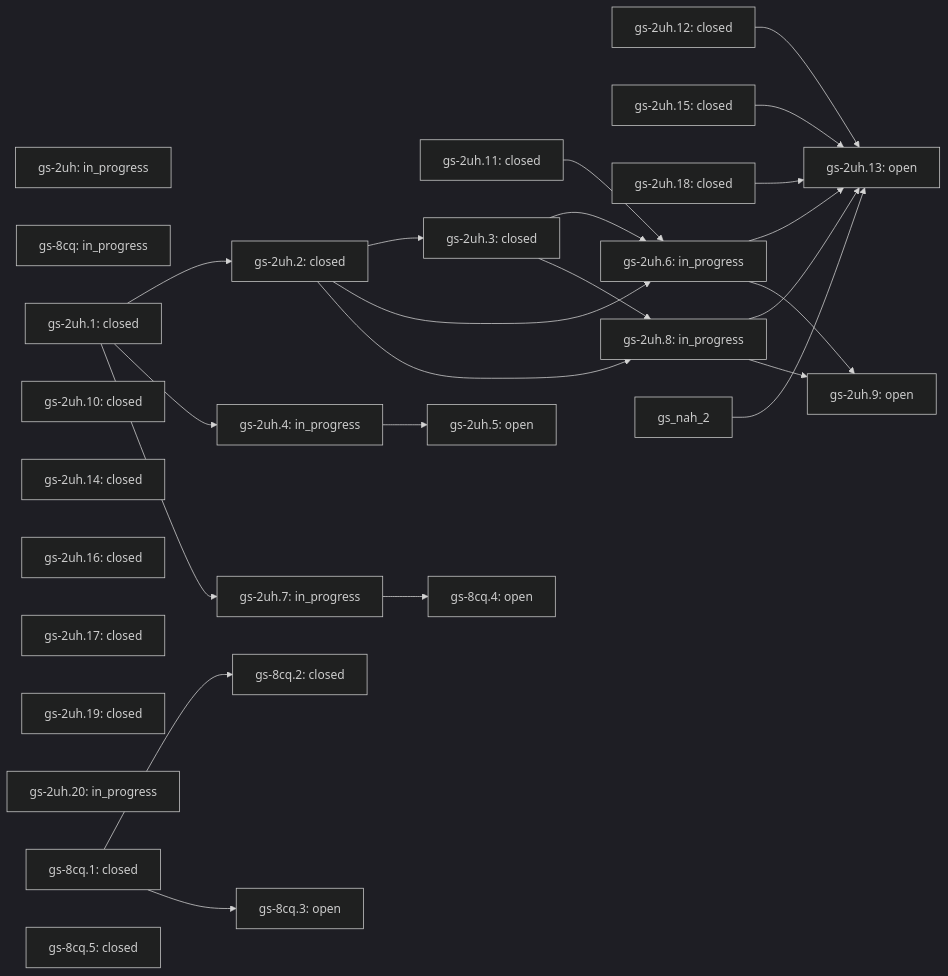
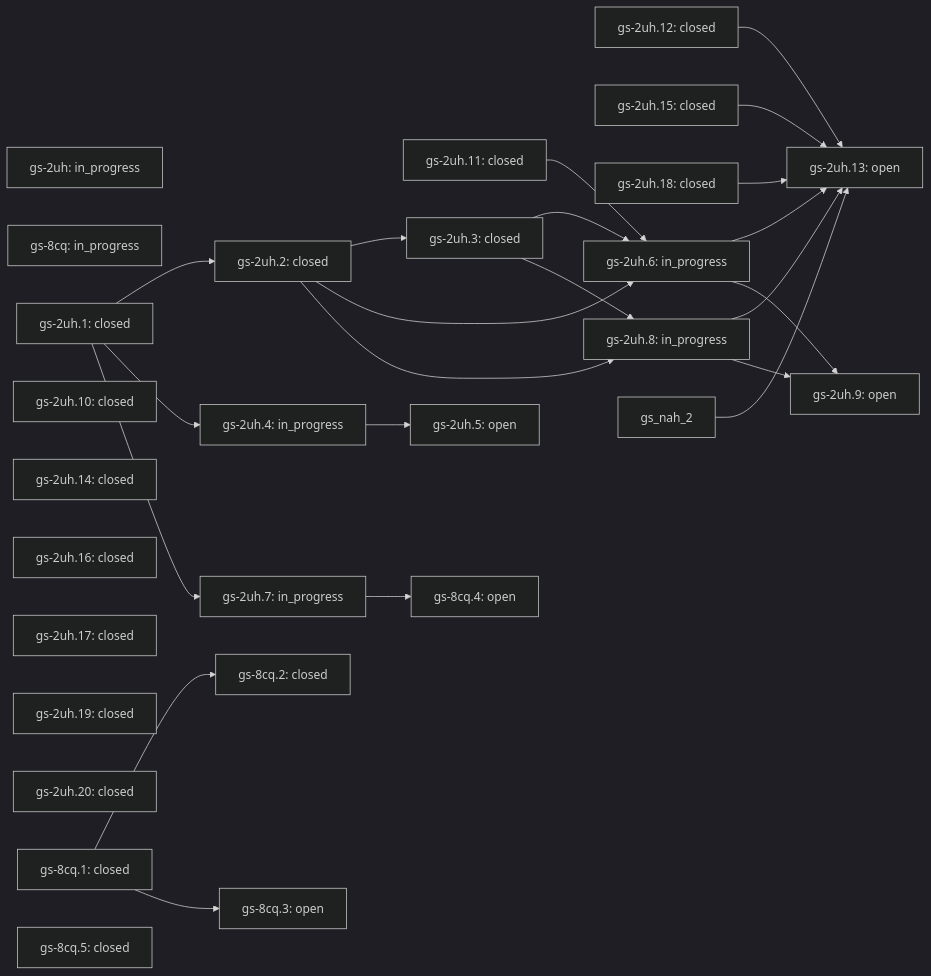
One commit to lifeofgurpreet/G-Skills changed the diagram in docs/skills/vps-health/ROADMAP.md. Above: the diagram before and after it, drawn with Mermaid (dark theme). The commit also changed other lines of this file and 4 other files, not shown here.

````diff
--- a/docs/skills/vps-health/ROADMAP.md
+++ b/docs/skills/vps-health/ROADMAP.md
@@ -39,51 +39,51 @@
 ```mermaid
 flowchart LR
   gs_2uh["gs-2uh: in_progress"]
   gs_8cq["gs-8cq: in_progress"]
   gs_2uh_1["gs-2uh.1: closed"]
   gs_2uh_10["gs-2uh.10: closed"]
   gs_2uh_11["gs-2uh.11: closed"]
   gs_2uh_12["gs-2uh.12: closed"]
   gs_2uh_13["gs-2uh.13: open"]
   gs_2uh_12 --> gs_2uh_13
   gs_2uh_15 --> gs_2uh_13
   gs_2uh_18 --> gs_2uh_13
   gs_2uh_6 --> gs_2uh_13
   gs_2uh_8 --> gs_2uh_13
   gs_nah_2 --> gs_2uh_13
   gs_2uh_14["gs-2uh.14: closed"]
   gs_2uh_15["gs-2uh.15: closed"]
   gs_2uh_16["gs-2uh.16: closed"]
   gs_2uh_17["gs-2uh.17: closed"]
   gs_2uh_18["gs-2uh.18: closed"]
   gs_2uh_19["gs-2uh.19: closed"]
   gs_2uh_2["gs-2uh.2: closed"]
   gs_2uh_1 --> gs_2uh_2
-  gs_2uh_20["gs-2uh.20: in_progress"]
+  gs_2uh_20["gs-2uh.20: closed"]
   gs_2uh_3["gs-2uh.3: closed"]
   gs_2uh_2 --> gs_2uh_3
   gs_2uh_4["gs-2uh.4: in_progress"]
   gs_2uh_1 --> gs_2uh_4
   gs_2uh_5["gs-2uh.5: open"]
   gs_2uh_4 --> gs_2uh_5
   gs_2uh_6["gs-2uh.6: in_progress"]
   gs_2uh_11 --> gs_2uh_6
   gs_2uh_2 --> gs_2uh_6
   gs_2uh_3 --> gs_2uh_6
   gs_2uh_8["gs-2uh.8: in_progress"]
   gs_2uh_2 --> gs_2uh_8
   gs_2uh_3 --> gs_2uh_8
   gs_8cq_1["gs-8cq.1: closed"]
   gs_8cq_2["gs-8cq.2: closed"]
   gs_8cq_1 --> gs_8cq_2
   gs_2uh_7["gs-2uh.7: in_progress"]
   gs_2uh_1 --> gs_2uh_7
   gs_2uh_9["gs-2uh.9: open"]
   gs_2uh_6 --> gs_2uh_9
   gs_2uh_8 --> gs_2uh_9
   gs_8cq_3["gs-8cq.3: open"]
   gs_8cq_1 --> gs_8cq_3
   gs_8cq_4["gs-8cq.4: open"]
   gs_2uh_7 --> gs_8cq_4
   gs_8cq_5["gs-8cq.5: closed"]
 ```
````
